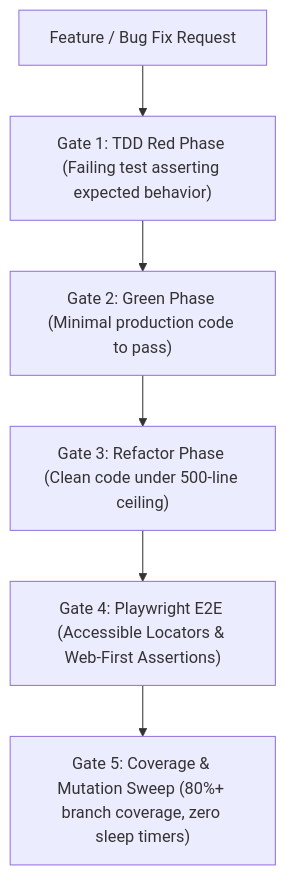
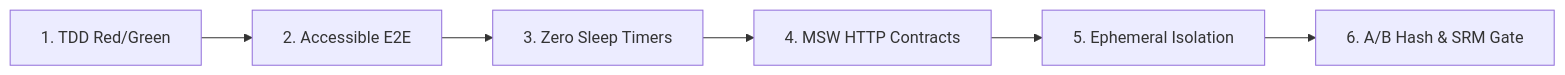
Before and after one commit to darknecrocities/SkillBuilder: the diagram in skills/testing/SKILL.md, drawn with Mermaid. The commit also changed other lines of this file and 9 other files, not shown here.

First line of the commit message:
feat(testing,local-llm): expand local-llm serving/KV-cache, add A/B testing SRM gate, and compress SKILL.md tokens

````diff
--- a/skills/testing/SKILL.md
+++ b/skills/testing/SKILL.md
@@ -26,8 +26,8 @@
 ```mermaid
-flowchart TD
-    A["Feature / Bug Fix Request"] --> B["Gate 1: TDD Red Phase (Failing test asserting expected behavior)"]
-    B --> C["Gate 2: Green Phase (Minimal production code to pass)"]
-    C --> D["Gate 3: Refactor Phase (Clean code under 500-line ceiling)"]
-    D --> E["Gate 4: Playwright E2E (Accessible Locators & Web-First Assertions)"]
-    E --> F["Gate 5: Coverage & Mutation Sweep (80%+ branch coverage, zero sleep timers)"]
+flowchart LR
+    G1["1. TDD Red/Green"] --> G2["2. Accessible E2E"]
+    G2 --> G3["3. Zero Sleep Timers"]
+    G3 --> G4["4. MSW HTTP Contracts"]
+    G4 --> G5["5. Ephemeral Isolation"]
+    G5 --> G6["6. A/B Hash & SRM Gate"]
 ```
````
